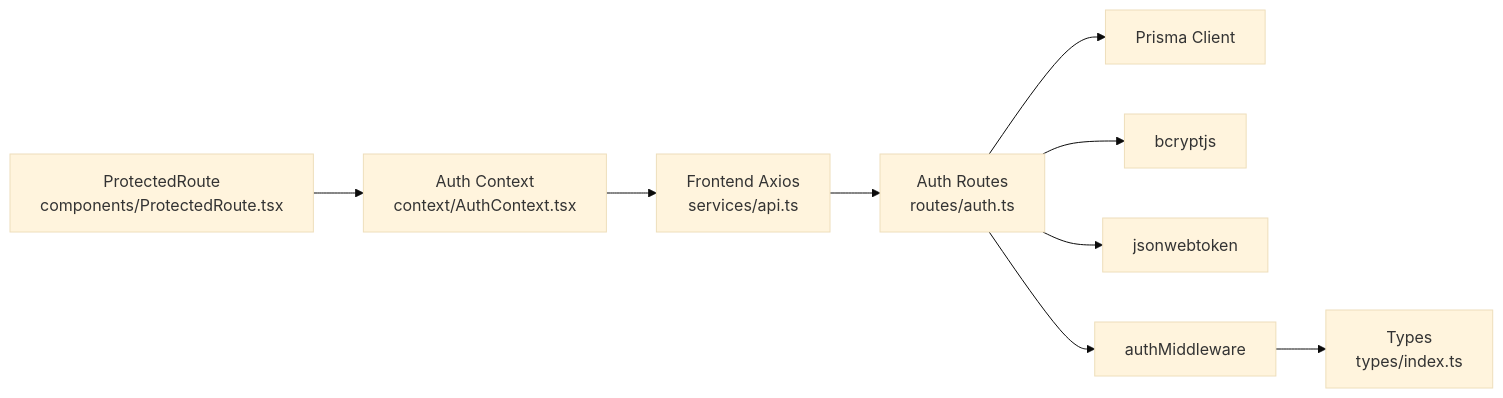
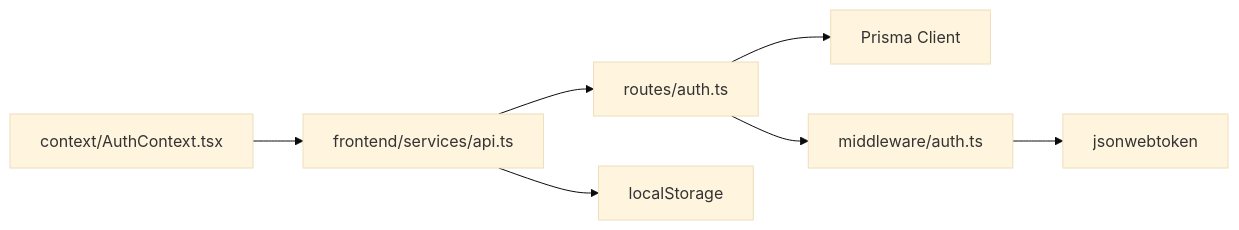
Before and after one commit to NaveenHiranya/Smart-Vehicle-Insurance-Claim-System: the third of 4 diagrams in .qoder/repowiki/en/content/API Reference/Authentication API.md, drawn with Mermaid (base theme). The commit also changed other lines of this file and 183 other files, not shown here.

````diff
--- a/.qoder/repowiki/en/content/API Reference/Authentication API.md
+++ b/.qoder/repowiki/en/content/API Reference/Authentication API.md
@@ -289,11 +302,9 @@
 ```mermaid
 graph LR
-AR["Auth Routes<br/>routes/auth.ts"] --> PR["Prisma Client"]
-AR --> BC["bcryptjs"]
-AR --> JWT["jsonwebtoken"]
-AR --> MW["authMiddleware"]
-MW --> TYPES["Types<br/>types/index.ts"]
-FE_API["Frontend Axios<br/>services/api.ts"] --> AR
-FE_CTX["Auth Context<br/>context/AuthContext.tsx"] --> FE_API
-FE_PR["ProtectedRoute<br/>components/ProtectedRoute.tsx"] --> FE_CTX
+Routes["routes/auth.ts"] --> Prisma["Prisma Client"]
+Routes --> Middleware["middleware/auth.ts"]
+Middleware --> JWT["jsonwebtoken"]
+FrontendAPI["frontend/services/api.ts"] --> Routes
+FrontendAPI --> LocalStorage["localStorage"]
+AuthContext["context/AuthContext.tsx"] --> FrontendAPI
 ```
````
